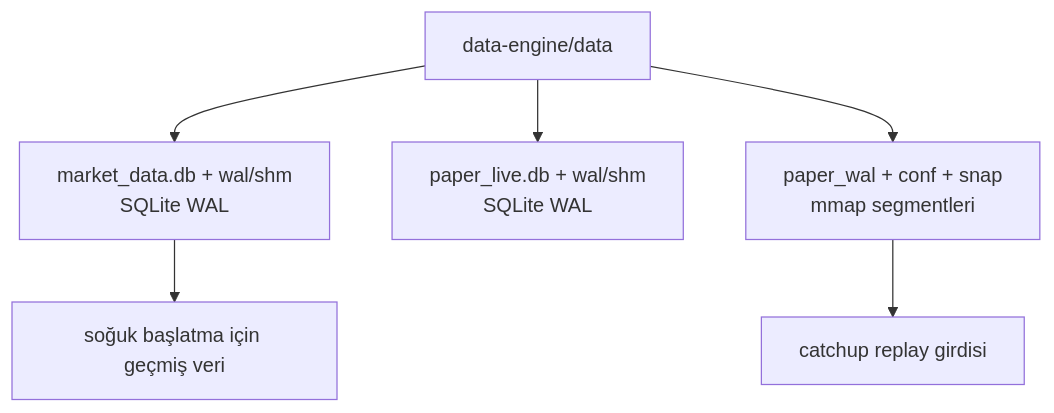
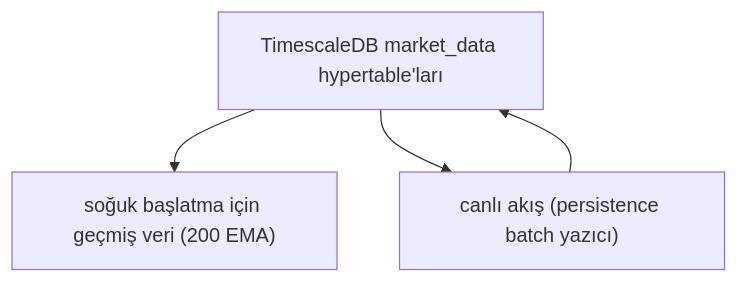
The sixth of 6 diagrams in docs/DATA_ENGINE_KAYNAK_KODU.md (Quant-Trade-Lab-Community/cycle_finance_bot), drawn with Mermaid before and after one commit. The commit also changed other lines of this file and 165 other files, not shown here.

Commit message:
docs: remove deleted services' code dumps and update architecture (Bölüm 3, 2, 1); update Cargo.toml workspace; update mermaid flowcharts; remove SQLite refs

````diff
--- a/docs/DATA_ENGINE_KAYNAK_KODU.md
+++ b/docs/DATA_ENGINE_KAYNAK_KODU.md
@@ -165,8 +160,6 @@
 ```mermaid
 flowchart TD
-    A["data-engine/data"] --> B["market_data.db + wal/shm<br>SQLite WAL"]
-    A --> C["paper_live.db + wal/shm<br>SQLite WAL"]
-    A --> D["paper_wal + conf + snap<br>mmap segmentleri"]
-    B --> E["soğuk başlatma için geçmiş veri"]
-    D --> F["catchup replay girdisi"]
+    A["TimescaleDB market_data hypertable'ları"] --> B["soğuk başlatma için geçmiş veri (200 EMA)"]
+    A --> D["canlı akış (persistence batch yazıcı)"]
+    D --> A
 ```
````
